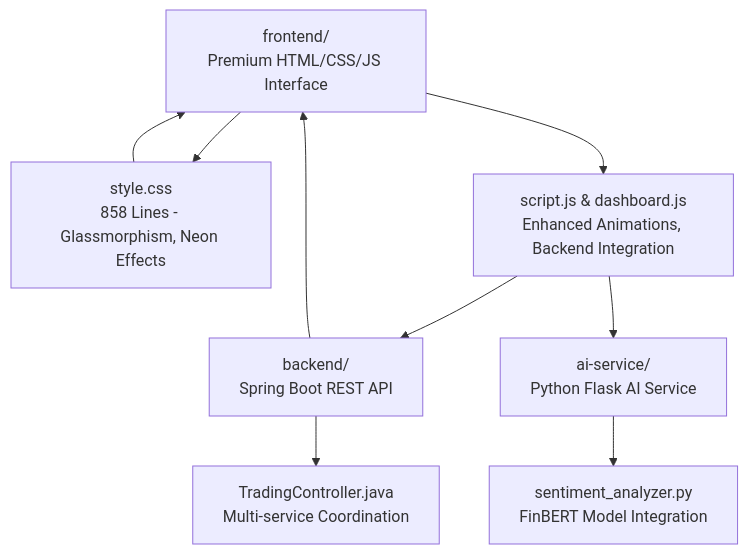
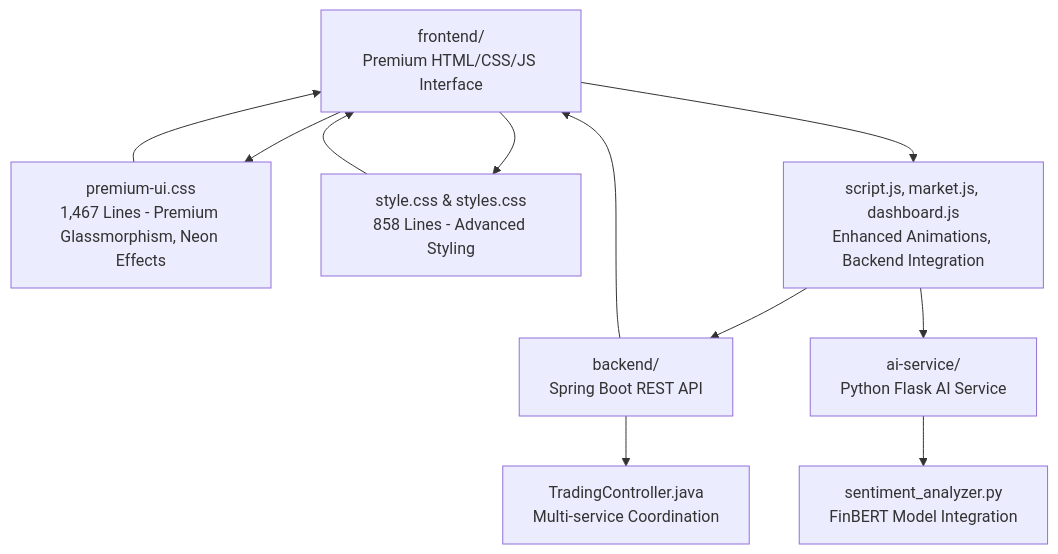
One commit to ayushtiwari1526/TheReinforcers_AyushTiwari changed the first of 4 diagrams in .qoder/repowiki/en/content/Styling and Visual Design.md. Above: the diagram before and after it, drawn with Mermaid. The commit also changed other lines of this file and 15 other files, not shown here.

````diff
--- a/.qoder/repowiki/en/content/Styling and Visual Design.md
+++ b/.qoder/repowiki/en/content/Styling and Visual Design.md
@@ -43,11 +48,13 @@
 ```mermaid
 graph TB
-Frontend["frontend/<br/>Premium HTML/CSS/JS Interface"] --> Style["style.css<br/>858 Lines - Glassmorphism, Neon Effects"]
-Frontend --> Scripts["script.js & dashboard.js<br/>Enhanced Animations, Backend Integration"]
+Frontend["frontend/<br/>Premium HTML/CSS/JS Interface"] --> PremiumUI["premium-ui.css<br/>1,467 Lines - Premium Glassmorphism, Neon Effects"]
+Frontend --> Styles["style.css & styles.css<br/>858 Lines - Advanced Styling"]
+Frontend --> Scripts["script.js, market.js, dashboard.js<br/>Enhanced Animations, Backend Integration"]
 Backend["backend/<br/>Spring Boot REST API"] --> Controller["TradingController.java<br/>Multi-service Coordination"]
 AI["ai-service/<br/>Python Flask AI Service"] --> Models["sentiment_analyzer.py<br/>FinBERT Model Integration"]
-Style --> Frontend
+PremiumUI --> Frontend
+Styles --> Frontend
 Scripts --> Backend
 Scripts --> AI
 Backend --> Frontend
 ```
````
